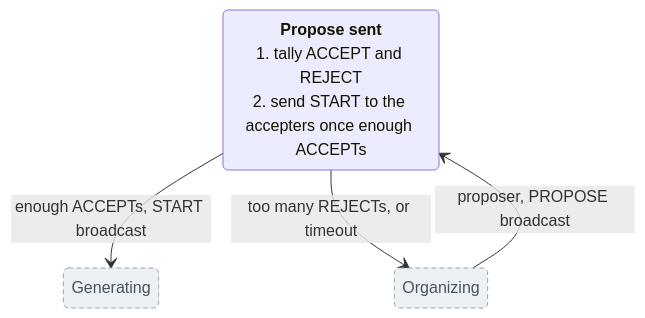
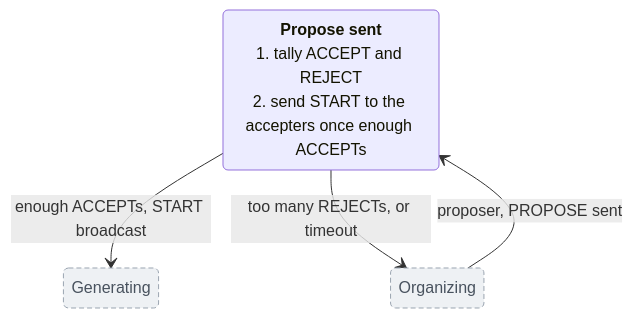
One commit to sig-net/mpc changed the third of 6 diagrams in doc/posit_state_machine.md. Above: the diagram before and after it, drawn with Mermaid.

Commit message:
docs: say PROPOSE sent, not broadcast, in the proposer diagram

````diff
--- a/doc/posit_state_machine.md
+++ b/doc/posit_state_machine.md
@@ -109,13 +109,13 @@
 ```mermaid
 stateDiagram-v2
     state "<b>Propose sent</b><br/>1. tally ACCEPT and REJECT<br/>2. send START to the accepters once enough ACCEPTs" as ProposeSent
     state "Organizing" as OrgIn
     state "Generating" as GenOut
 
-    OrgIn --> ProposeSent: proposer, PROPOSE broadcast
+    OrgIn --> ProposeSent: proposer, PROPOSE sent
     ProposeSent --> GenOut: enough ACCEPTs, START broadcast
     ProposeSent --> OrgIn: too many REJECTs, or timeout
 
     classDef outside fill:#eef1f4,stroke:#9aa4b0,color:#48525e,stroke-dasharray:5 3
     class OrgIn,GenOut outside
 ```
````
